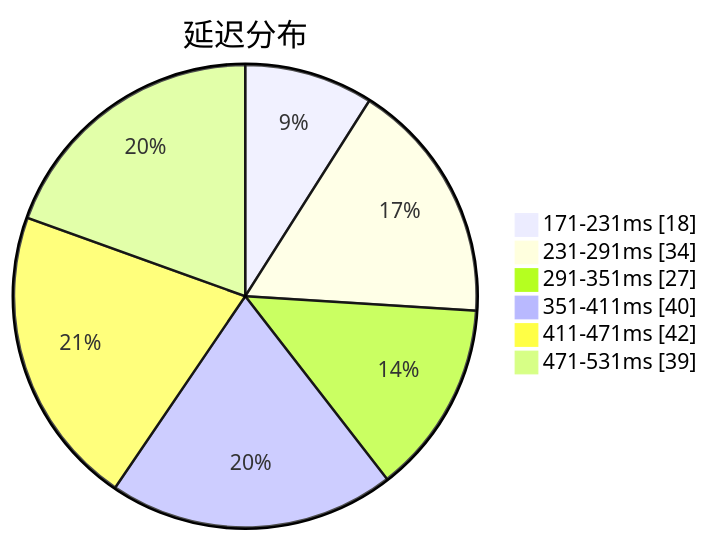
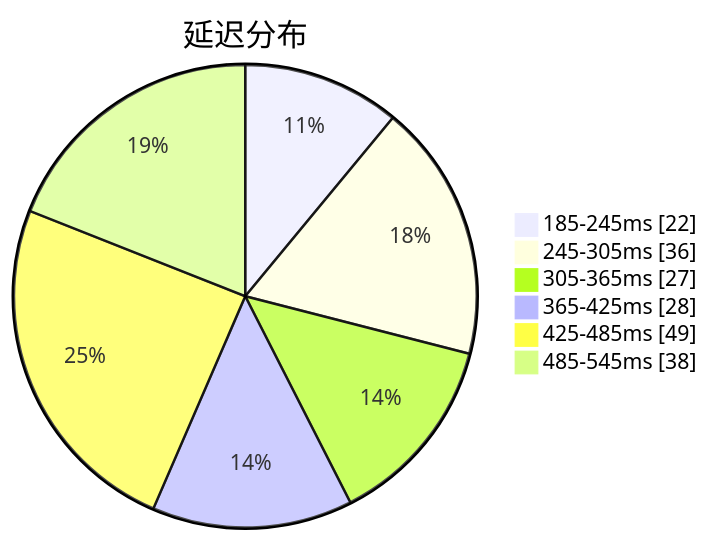
Before and after one commit to qjlxg/airport: the first of 3 diagrams in subs/statistics/tested_within.md, drawn with Mermaid. The commit also changed other lines of this file and 2 other files, not shown here.

````diff
--- a/subs/statistics/tested_within.md
+++ b/subs/statistics/tested_within.md
@@ -2,10 +2,10 @@
 ```mermaid
 pie showData
 title 延迟分布
-"171-231ms" : 18
-"231-291ms" : 34
-"291-351ms" : 27
-"351-411ms" : 40
-"411-471ms" : 42
-"471-531ms" : 39
+"185-245ms" : 22
+"245-305ms" : 36
+"305-365ms" : 27
+"365-425ms" : 28
+"425-485ms" : 49
+"485-545ms" : 38
 ```
````
